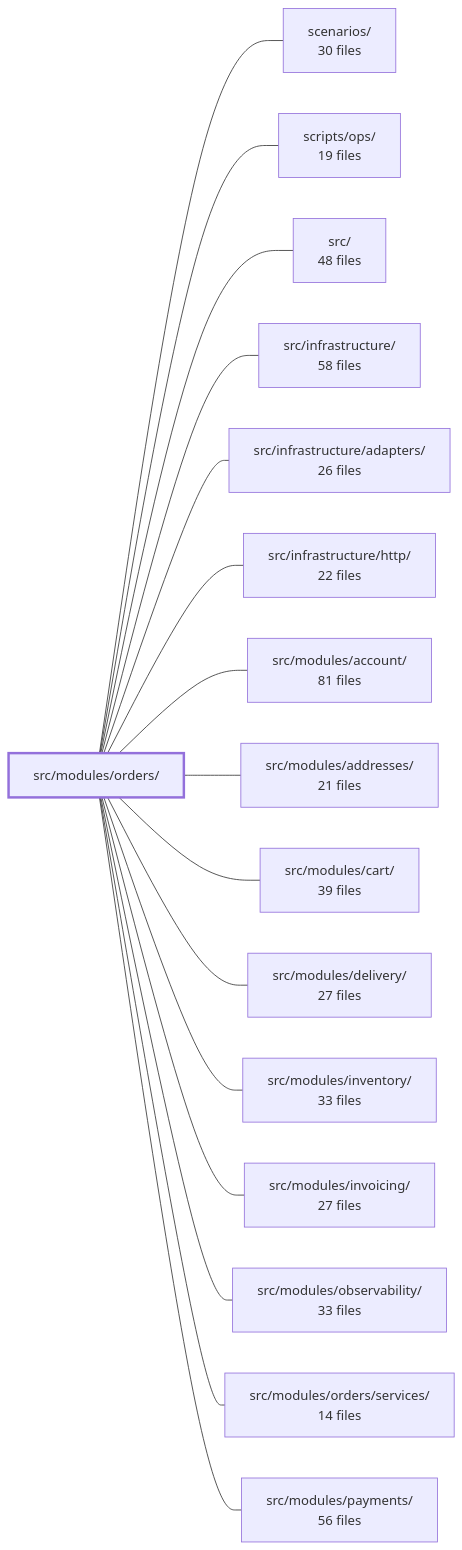
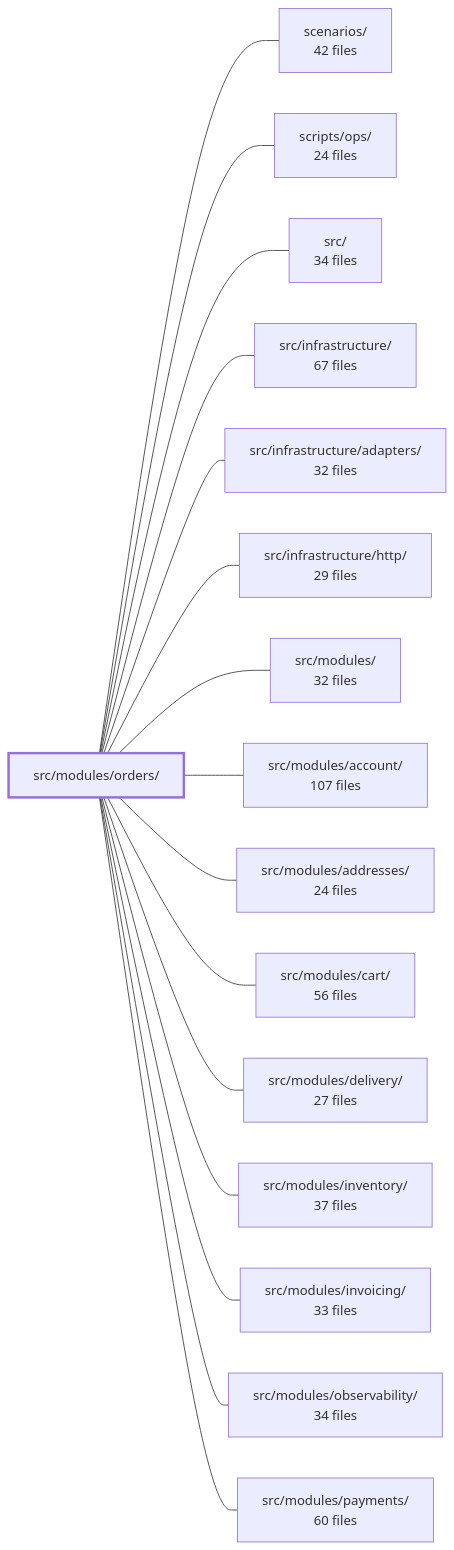
Before and after one commit to Guebbit/boilerplate-node-backend: the diagram in .2brain/modules/boilerplate-node-backend_src_modules_orders.md, drawn with Mermaid. The commit also changed other lines of this file and 106 other files, not shown here.

````diff
--- a/.2brain/modules/boilerplate-node-backend_src_modules_orders.md
+++ b/.2brain/modules/boilerplate-node-backend_src_modules_orders.md
@@ -47,35 +47,35 @@
 ```mermaid
 flowchart LR
     m_src_modules_orders["src/modules/orders/"]
-    m_scenarios["scenarios/<br/>30 files"]
-    m_scripts_ops["scripts/ops/<br/>19 files"]
-    m_src["src/<br/>48 files"]
-    m_src_infrastructure["src/infrastructure/<br/>58 files"]
-    m_src_infrastructure_adapters["src/infrastructure/adapters/<br/>26 files"]
-    m_src_infrastructure_http["src/infrastructure/http/<br/>22 files"]
-    m_src_modules_account["src/modules/account/<br/>81 files"]
-    m_src_modules_addresses["src/modules/addresses/<br/>21 files"]
-    m_src_modules_cart["src/modules/cart/<br/>39 files"]
+    m_scenarios["scenarios/<br/>42 files"]
+    m_scripts_ops["scripts/ops/<br/>24 files"]
+    m_src["src/<br/>34 files"]
+    m_src_infrastructure["src/infrastructure/<br/>67 files"]
+    m_src_infrastructure_adapters["src/infrastructure/adapters/<br/>32 files"]
+    m_src_infrastructure_http["src/infrastructure/http/<br/>29 files"]
+    m_src_modules["src/modules/<br/>32 files"]
+    m_src_modules_account["src/modules/account/<br/>107 files"]
+    m_src_modules_addresses["src/modules/addresses/<br/>24 files"]
+    m_src_modules_cart["src/modules/cart/<br/>56 files"]
     m_src_modules_delivery["src/modules/delivery/<br/>27 files"]
-    m_src_modules_inventory["src/modules/inventory/<br/>33 files"]
-    m_src_modules_invoicing["src/modules/invoicing/<br/>27 files"]
-    m_src_modules_observability["src/modules/observability/<br/>33 files"]
-    m_src_modules_orders_services["src/modules/orders/services/<br/>14 files"]
-    m_src_modules_payments["src/modules/payments/<br/>56 files"]
+    m_src_modules_inventory["src/modules/inventory/<br/>37 files"]
+    m_src_modules_invoicing["src/modules/invoicing/<br/>33 files"]
+    m_src_modules_observability["src/modules/observability/<br/>34 files"]
+    m_src_modules_payments["src/modules/payments/<br/>60 files"]
     m_src_modules_orders --- m_scenarios
     m_src_modules_orders --- m_scripts_ops
     m_src_modules_orders --- m_src
     m_src_modules_orders --- m_src_infrastructure
     m_src_modules_orders --- m_src_infrastructure_adapters
     m_src_modules_orders --- m_src_infrastructure_http
+    m_src_modules_orders --- m_src_modules
     m_src_modules_orders --- m_src_modules_account
     m_src_modules_orders --- m_src_modules_addresses
     m_src_modules_orders --- m_src_modules_cart
     m_src_modules_orders --- m_src_modules_delivery
     m_src_modules_orders --- m_src_modules_inventory
     m_src_modules_orders --- m_src_modules_invoicing
     m_src_modules_orders --- m_src_modules_observability
-    m_src_modules_orders --- m_src_modules_orders_services
     m_src_modules_orders --- m_src_modules_payments
     style m_src_modules_orders stroke-width:3px
 ```
````
